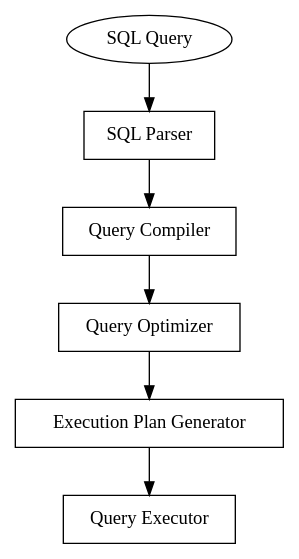
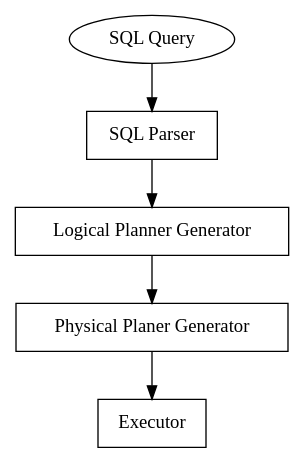
One commit to tiagoantao/some-database changed the diagram in graph/basic/complete.dot. Above: the diagram before and after it, drawn with Graphviz. The commit also changed 2 other files, not shown here.

Commit message:
a more realistic architecture

```diff
--- a/graph/basic/complete.dot
+++ b/graph/basic/complete.dot
@@ -1,15 +1,13 @@
 
 digraph G {
     A [label="SQL Query"]
     B [label="SQL Parser" shape=rect]
-    C [label="Query Compiler" shape=rect]
-    D [label="Query Optimizer" shape=rect]
-    E [label="Execution Plan Generator" shape=rect]
-    F [label="Query Executor" shape=rect]
+    C [label="Logical Planner Generator" shape=rect]
+    D [label="Physical Planer Generator" shape=rect]
+    E [label="Executor" shape=rect]
 
     A -> B
     B -> C
     C -> D
     D -> E
-    E -> F
 }
```
